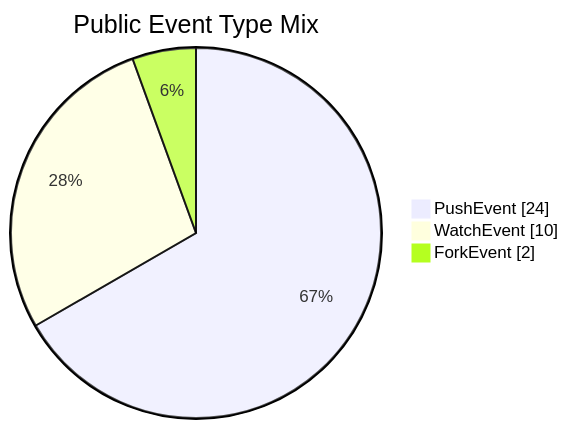
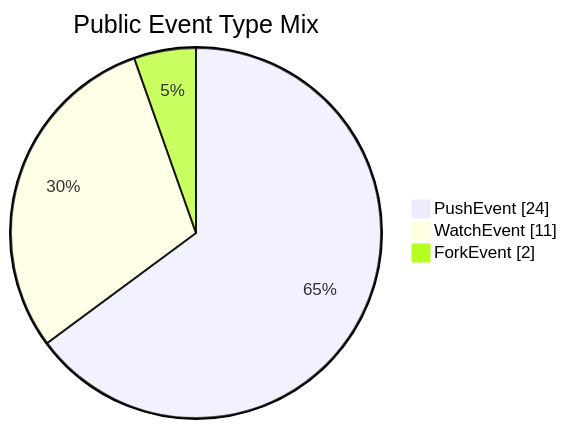
The second of 2 diagrams in README.md (manhquydev/manhquydev), drawn with Mermaid before and after one commit. The commit also changed other lines of this file and 4 other files, not shown here.

````diff
--- a/README.md
+++ b/README.md
@@ -136,7 +136,7 @@
 ```mermaid
 pie showData
   title Public Event Type Mix
   "PushEvent" : 24
-  "WatchEvent" : 10
+  "WatchEvent" : 11
   "ForkEvent" : 2
 ```
````
